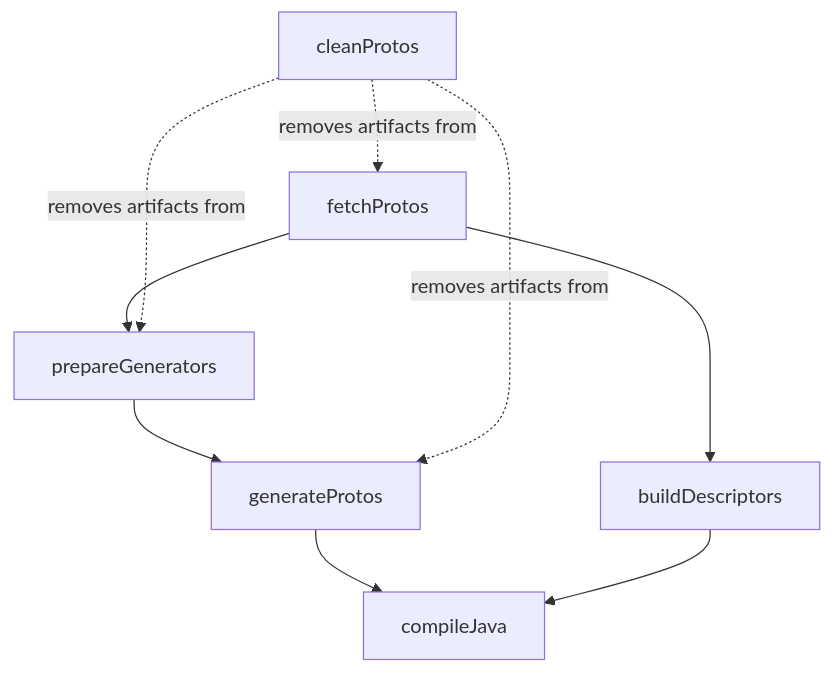
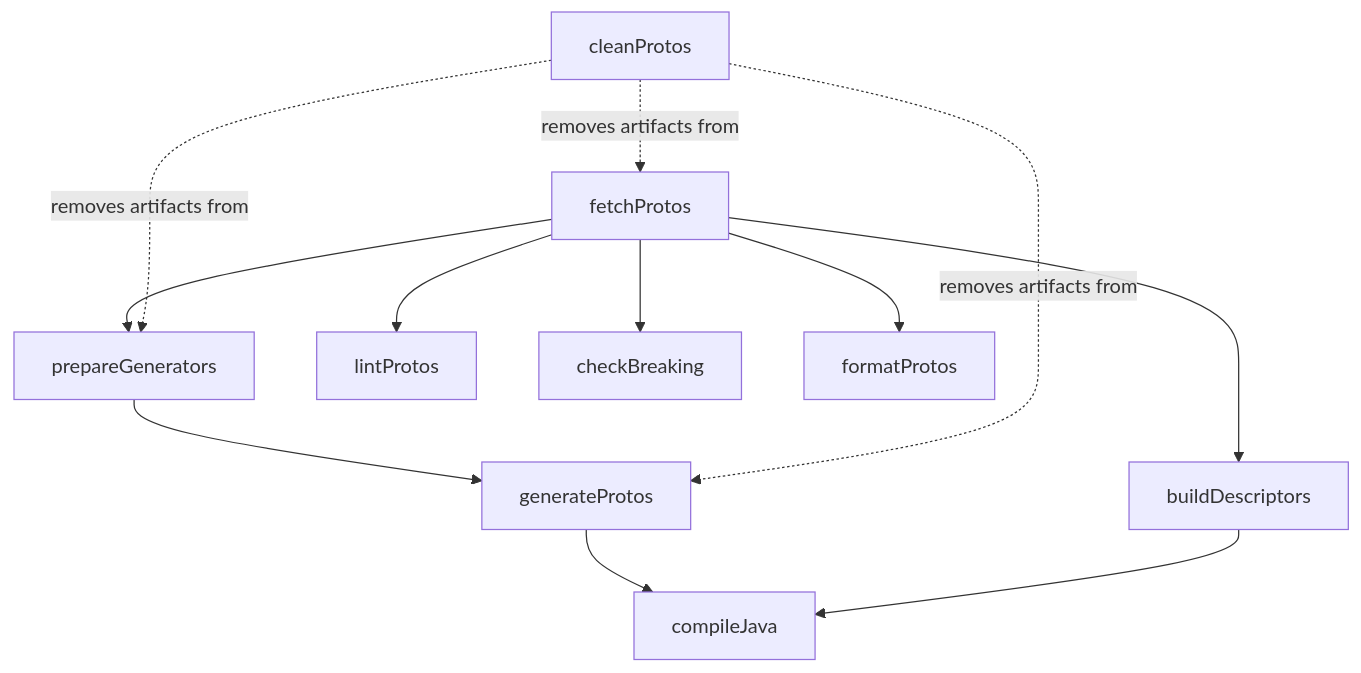
Before and after one commit to ai-pipestream/pipestream-platform: the fourth of 4 diagrams in quarkus-buf-grpc-generator/GUIDE.md, drawn with Mermaid. The commit also changed other lines of this file and 9 other files, not shown here.

First line of the commit message:
feat: add Windows support and quality tasks (lint, breaking, format)

````diff
--- a/quarkus-buf-grpc-generator/GUIDE.md
+++ b/quarkus-buf-grpc-generator/GUIDE.md
@@ -494,19 +494,26 @@
 ```mermaid
 flowchart TD
     fetchProtos[fetchProtos]
     prepareGenerators[prepareGenerators]
     generateProtos[generateProtos]
     buildDescriptors[buildDescriptors]
     compileJava[compileJava]
     cleanProtos[cleanProtos]
+    lintProtos[lintProtos]
+    checkBreaking[checkBreaking]
+    formatProtos[formatProtos]
 
     fetchProtos --> prepareGenerators
     prepareGenerators --> generateProtos
     fetchProtos --> buildDescriptors
     generateProtos --> compileJava
     buildDescriptors --> compileJava
 
+    fetchProtos --> lintProtos
+    fetchProtos --> checkBreaking
+    fetchProtos --> formatProtos
+
     cleanProtos -.->|removes artifacts from| fetchProtos
     cleanProtos -.->|removes artifacts from| prepareGenerators
     cleanProtos -.->|removes artifacts from| generateProtos
 ```
````
